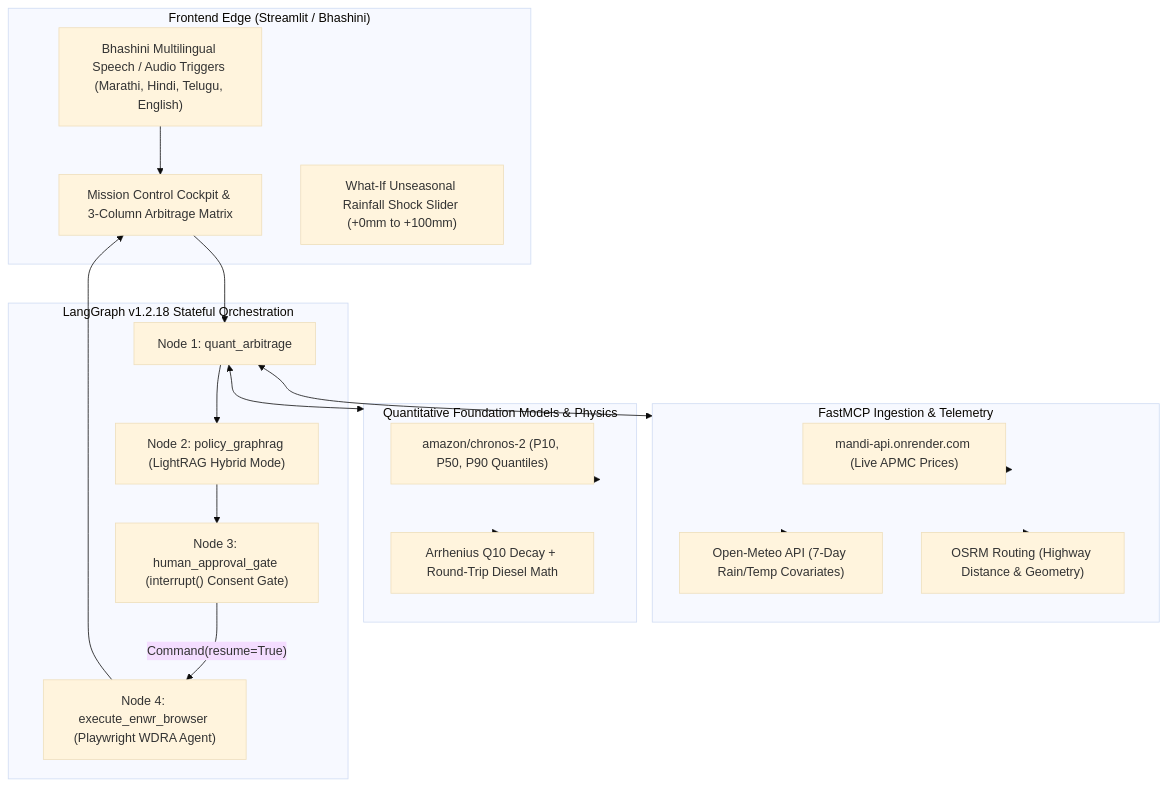
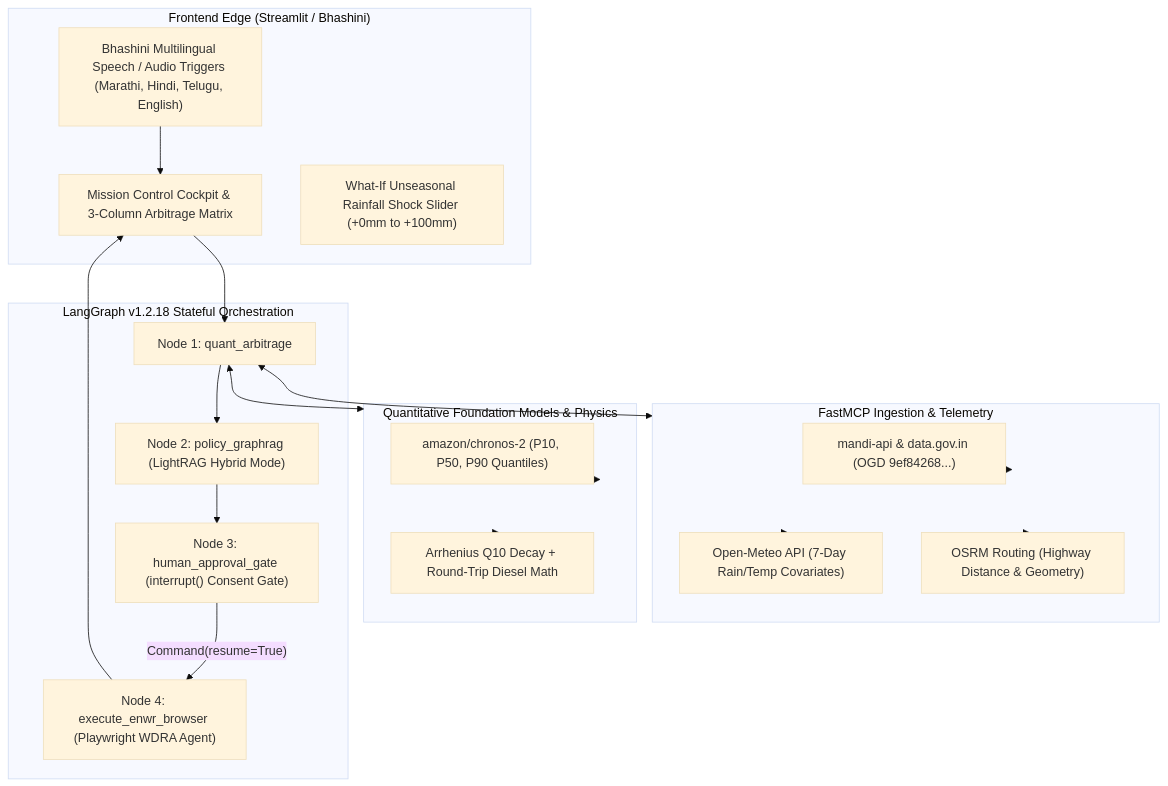
One commit to 0xabhilok/krishiartha-mcp changed the diagram in README.md. Above: the diagram before and after it, drawn with Mermaid (base theme). The commit also changed other lines of this file and 45 other files, not shown here.

````diff
--- a/README.md
+++ b/README.md
@@ -48,37 +61,37 @@
 ```mermaid
 flowchart TB
     subgraph Client["Frontend Edge (Streamlit / Bhashini)"]
         Voice["Bhashini Multilingual Speech / Audio Triggers (Marathi, Hindi, Telugu, English)"]
         UI["Mission Control Cockpit & 3-Column Arbitrage Matrix"]
         ShockSlider["What-If Unseasonal Rainfall Shock Slider (+0mm to +100mm)"]
     end
 
     subgraph FastMCP["FastMCP Ingestion & Telemetry"]
-        MandiAPI["mandi-api.onrender.com (Live APMC Prices)"]
+        MandiAPI["mandi-api & data.gov.in (OGD 9ef84268...)"]
         WeatherAPI["Open-Meteo API (7-Day Rain/Temp Covariates)"]
         OSRMAPI["OSRM Routing (Highway Distance & Geometry)"]
     end
 
     subgraph CoreEngine["Quantitative Foundation Models & Physics"]
         Chronos["amazon/chronos-2 (P10, P50, P90 Quantiles)"]
         Spoilage["Arrhenius Q10 Decay + Round-Trip Diesel Math"]
     end
 
     subgraph Governance["LangGraph v1.2.18 Stateful Orchestration"]
         Node1["Node 1: quant_arbitrage"]
         Node2["Node 2: policy_graphrag (LightRAG Hybrid Mode)"]
         Gate["Node 3: human_approval_gate (interrupt() Consent Gate)"]
         Node4["Node 4: execute_enwr_browser (Playwright WDRA Agent)"]
     end
 
     Voice --> UI
     UI --> Node1
     Node1 <--> FastMCP
     FastMCP --> MandiAPI & WeatherAPI & OSRMAPI
     Node1 <--> CoreEngine
     CoreEngine --> Chronos & Spoilage
     Node1 --> Node2
     Node2 --> Gate
     Gate -- "Command(resume=True)" --> Node4
     Node4 --> UI
 ```
````
